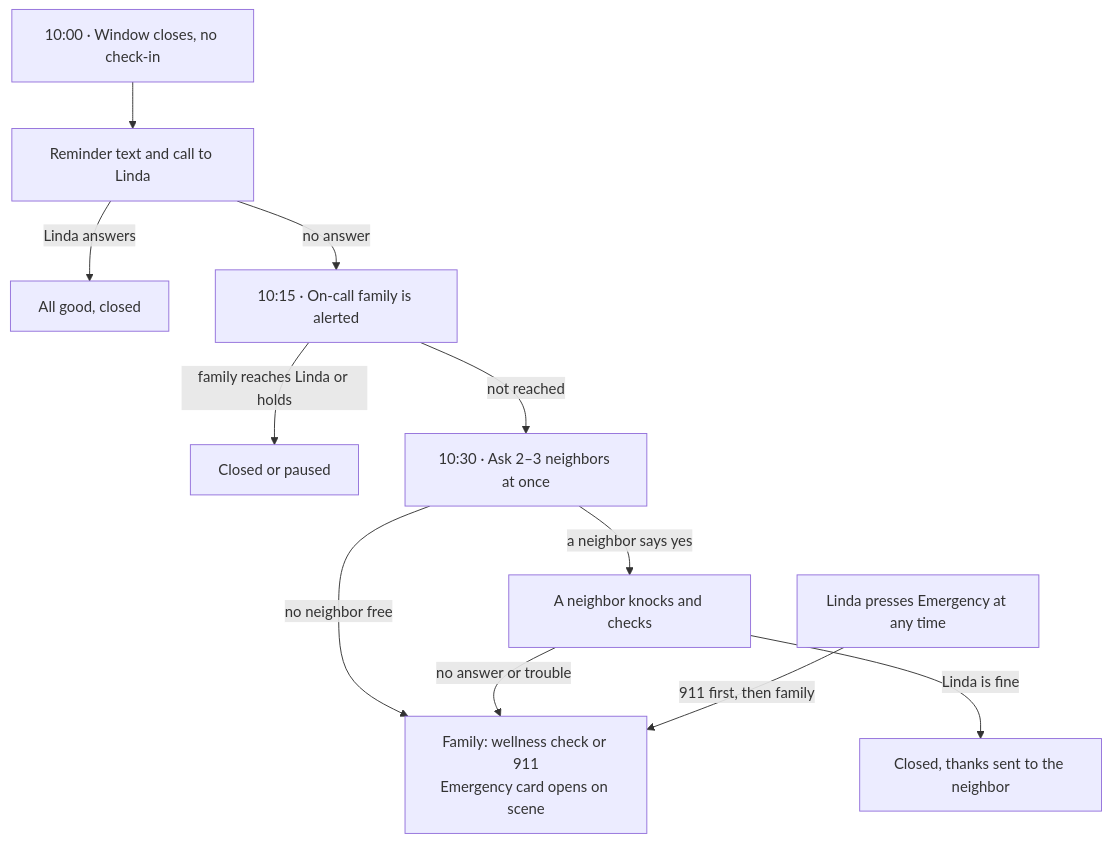
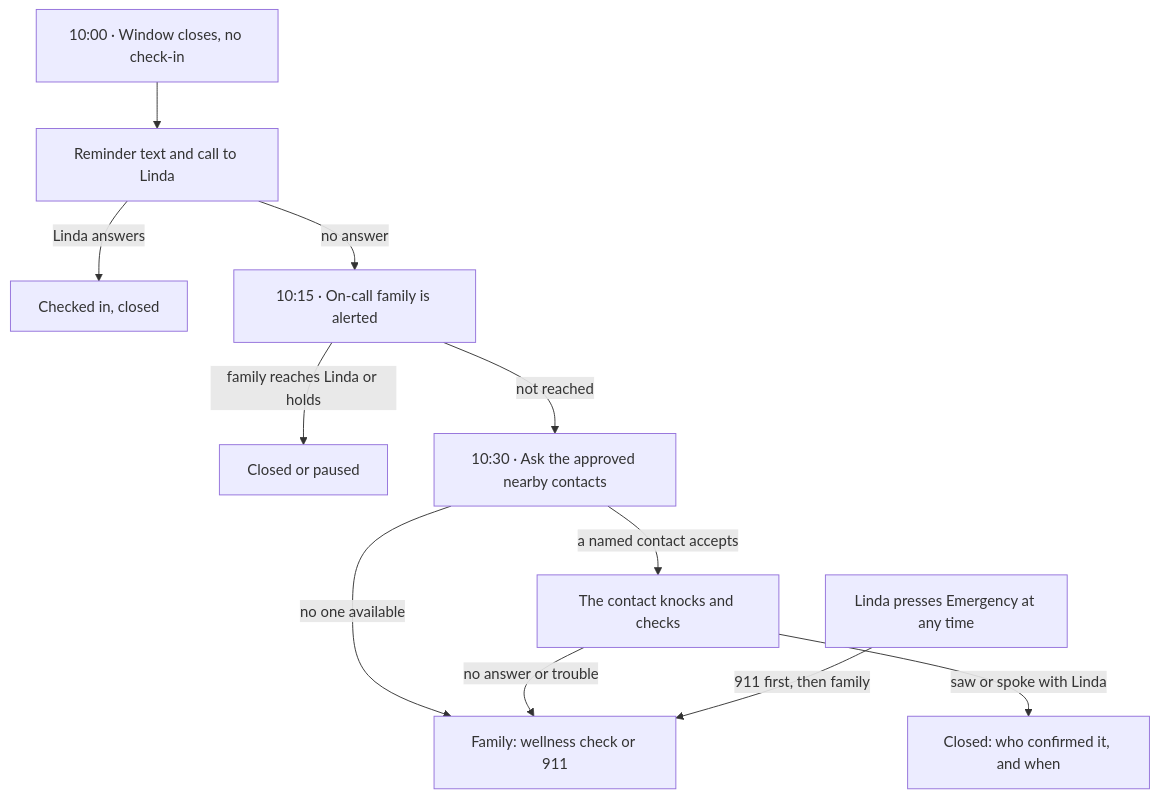
Before and after one commit to WangPantopus/skinny-pantopus: the first of 5 diagrams in docs/product/porchlight-product-design-2026-09-26.md, drawn with Mermaid. The commit also changed other lines of this file and 1 other file, not shown here.

````diff
--- a/docs/product/porchlight-product-design-2026-09-26.md
+++ b/docs/product/porchlight-product-design-2026-09-26.md
@@ -349,13 +369,13 @@
 ```mermaid
 flowchart TD
   A[10:00 · Window closes, no check-in] --> B[Reminder text and call to Linda]
-  B -->|Linda answers| B2[All good, closed]
+  B -->|Linda answers| B2[Checked in, closed]
   B -->|no answer| C[10:15 · On-call family is alerted]
   C -->|family reaches Linda or holds| C2[Closed or paused]
-  C -->|not reached| D[10:30 · Ask 2–3 neighbors at once]
-  D -->|no neighbor free| X
-  D -->|a neighbor says yes| E[A neighbor knocks and checks]
-  E -->|Linda is fine| F[Closed, thanks sent to the neighbor]
-  E -->|no answer or trouble| X[Family: wellness check or 911<br/>Emergency card opens on scene]
+  C -->|not reached| D[10:30 · Ask the approved nearby contacts]
+  D -->|no one available| X
+  D -->|a named contact accepts| E[The contact knocks and checks]
+  E -->|saw or spoke with Linda| F[Closed: who confirmed it, and when]
+  E -->|no answer or trouble| X[Family: wellness check or 911]
   EM[Linda presses Emergency at any time] -->|911 first, then family| X
 ```
````
